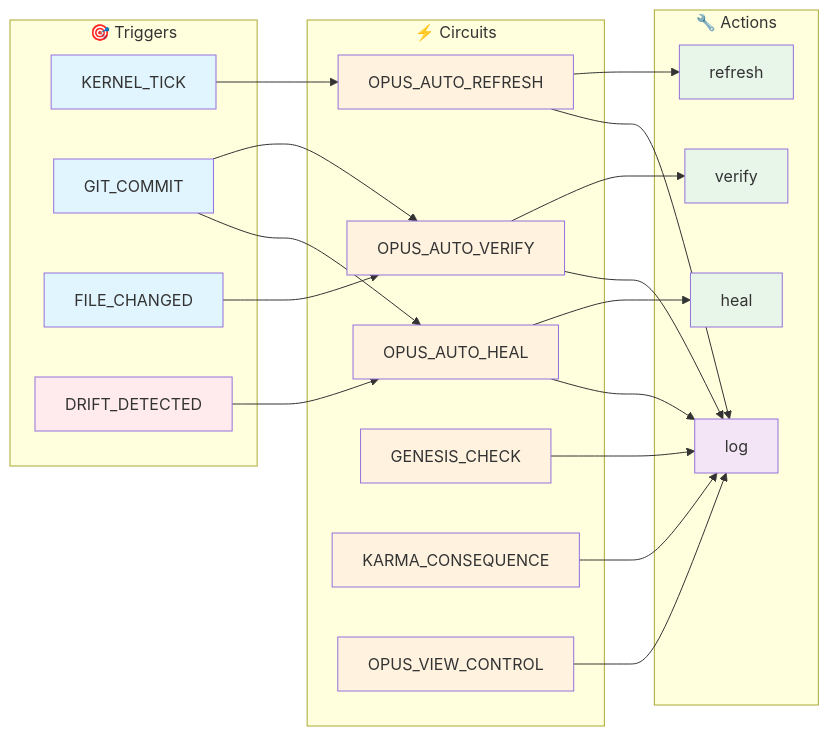
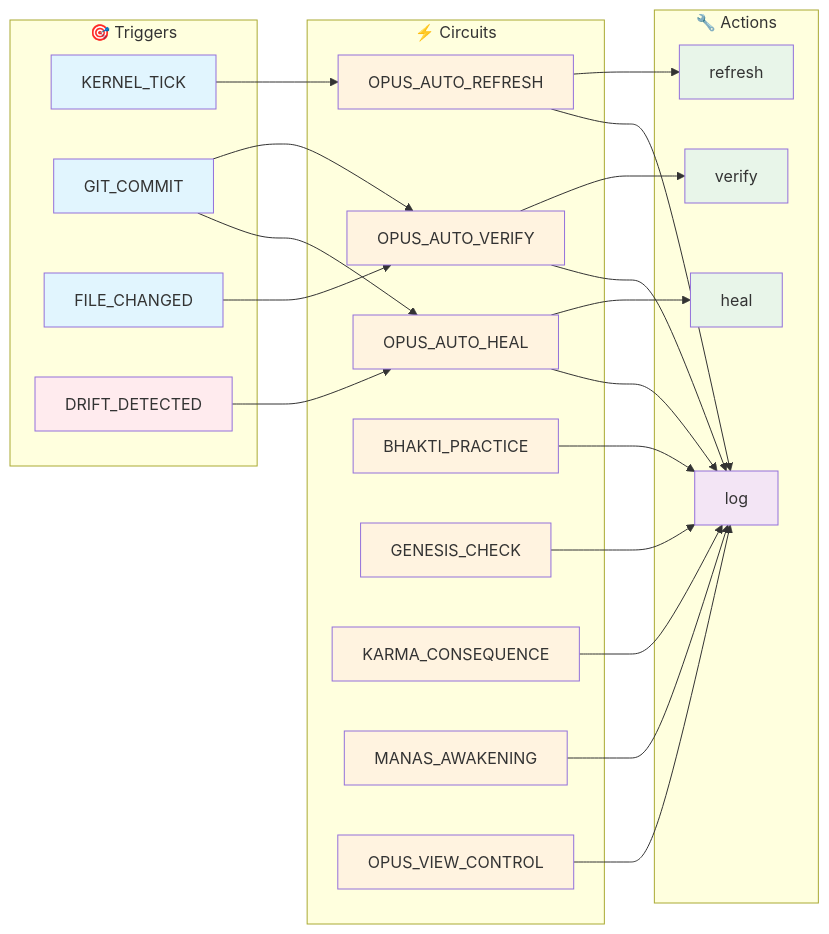
The first of 2 diagrams in OPUS.md (kimeisele/steward-protocol), drawn with Mermaid before and after one commit. The commit also changed other lines of this file, not shown here.

First line of the commit message:
docs(opus): Update OPUS.md with MANAS Intent Buffer

````diff
--- a/OPUS.md
+++ b/OPUS.md
@@ -134,56 +154,62 @@
 ```mermaid
 flowchart LR
     subgraph Events["🎯 Triggers"]
         E1[KERNEL_TICK]
         E2[GIT_COMMIT]
         E3[FILE_CHANGED]
         E4[DRIFT_DETECTED]
     end
 
     subgraph Circuits["⚡ Circuits"]
         C1[OPUS_AUTO_HEAL]
         C2[OPUS_AUTO_REFRESH]
         C3[OPUS_AUTO_VERIFY]
-        C4[GENESIS_CHECK]
-        C5[KARMA_CONSEQUENCE]
-        C6[OPUS_VIEW_CONTROL]
+        C4[BHAKTI_PRACTICE]
+        C5[GENESIS_CHECK]
+        C6[KARMA_CONSEQUENCE]
+        C7[MANAS_AWAKENING]
+        C8[OPUS_VIEW_CONTROL]
     end
 
     subgraph Actions["🔧 Actions"]
         A1[verify]
         A2[refresh]
         A3[heal]
         A4[log]
     end
 
     E1 --> C2
     E2 --> C1
     E2 --> C3
     E3 --> C3
     E4 --> C1
 
     C1 --> A4
     C2 --> A4
     C3 --> A4
     C4 --> A4
     C5 --> A4
     C6 --> A4
+    C7 --> A4
+    C8 --> A4
     C1 --> A3
     C2 --> A2
     C3 --> A1
 
     style E1 fill:#e1f5fe
     style E2 fill:#e1f5fe
     style E3 fill:#e1f5fe
     style E4 fill:#ffebee
     style C1 fill:#fff3e0
     style C2 fill:#fff3e0
     style C3 fill:#fff3e0
     style C4 fill:#fff3e0
     style C5 fill:#fff3e0
     style C6 fill:#fff3e0
+    style C7 fill:#fff3e0
+    style C8 fill:#fff3e0
     style A1 fill:#e8f5e9
     style A2 fill:#e8f5e9
     style A3 fill:#e8f5e9
     style A4 fill:#f3e5f5
 ```
````
